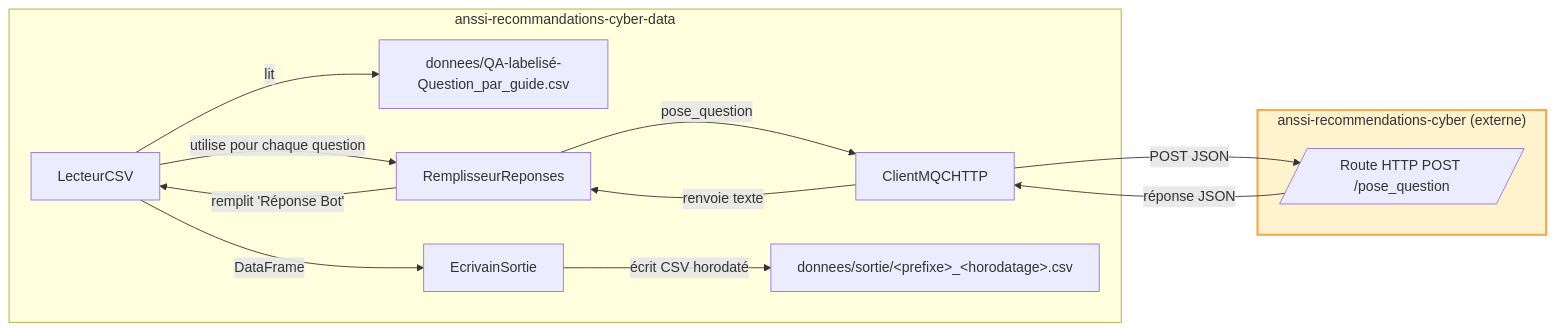
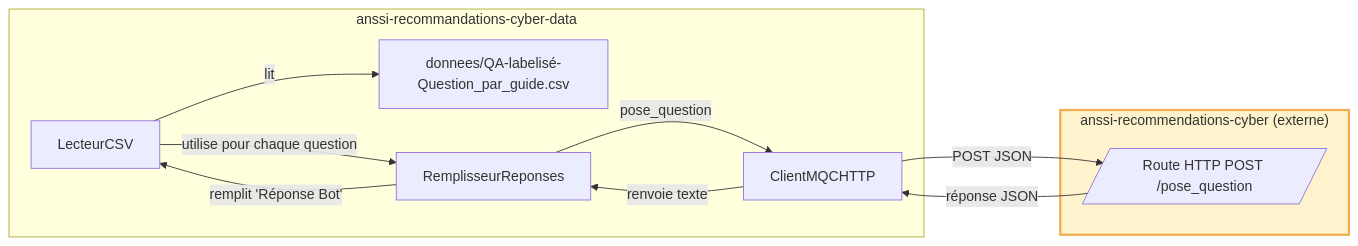
The first of 2 diagrams in README.md (betagouv/anssi-recommandations-cyber-data), drawn with Mermaid before and after one commit.

Commit message:
[SOIN] Mets à jour le readme

````diff
--- a/README.md
+++ b/README.md
@@ -8,32 +8,28 @@
 ```mermaid
 flowchart LR
   %% === Projet local ===
   subgraph Projet["anssi-recommandations-cyber-data"]
     DataSrc["donnees/QA-labelisé-Question_par_guide.csv"]
     Lecteur[LecteurCSV]
     Remplisseur[RemplisseurReponses]
-    Ecrivain[EcrivainSortie]
     ClientMQC[ClientMQCHTTP]
-    Sortie["donnees/sortie/&lt;prefixe&gt;_&lt;horodatage&gt;.csv"]
   end
 
   %% === Système externe (mise en évidence) ===
   subgraph Externe["anssi-recommendations-cyber (externe)"]
     MQC[/Route HTTP POST /pose_question/]
   end
 
   %% Flux conforme au code
   Lecteur -->| lit | DataSrc
   Lecteur -->| utilise pour chaque question| Remplisseur
   Remplisseur -->|"remplit 'Réponse Bot'"| Lecteur
 
   Remplisseur -->|pose_question| ClientMQC
   ClientMQC -->|POST JSON| MQC
   MQC -->|réponse JSON| ClientMQC
   ClientMQC -->|renvoie texte| Remplisseur
 
-  Lecteur -->|DataFrame| Ecrivain
-  Ecrivain -->|écrit CSV horodaté| Sortie
 
   style Externe fill:#fff3cd,stroke:#f0ad4e,stroke-width:2.5px,color:#333
 ```
````
